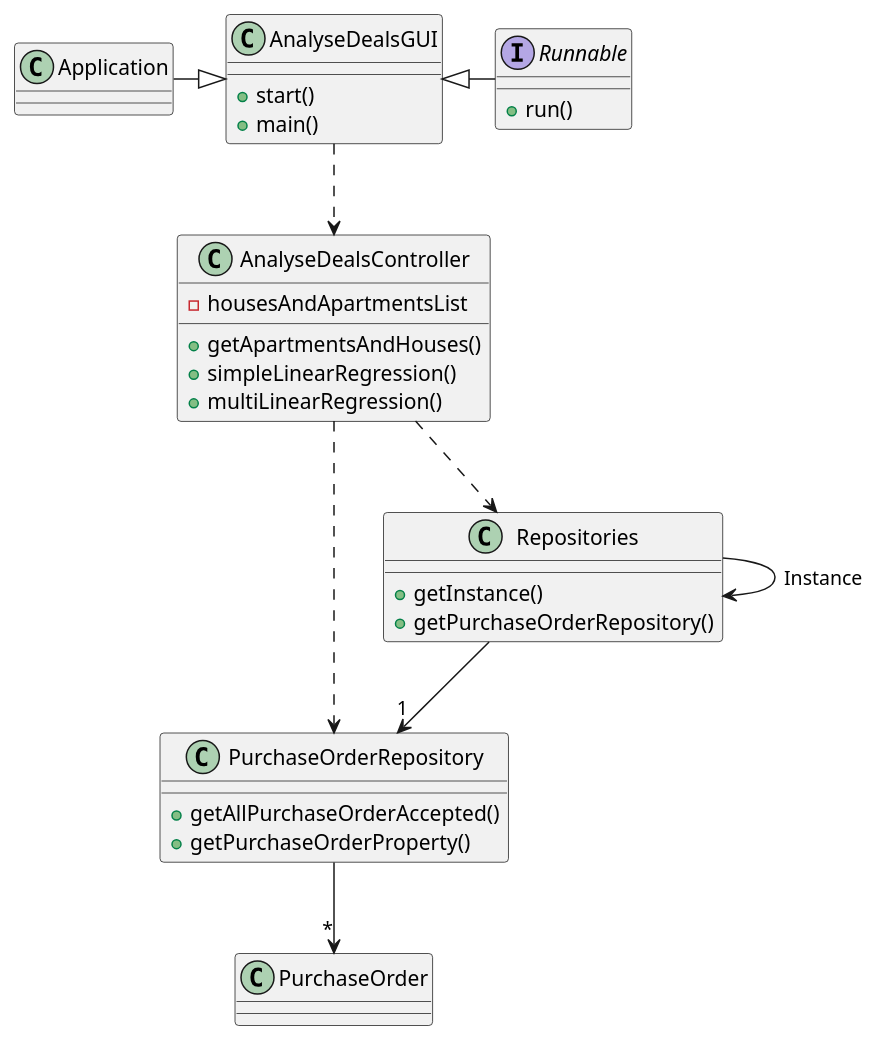
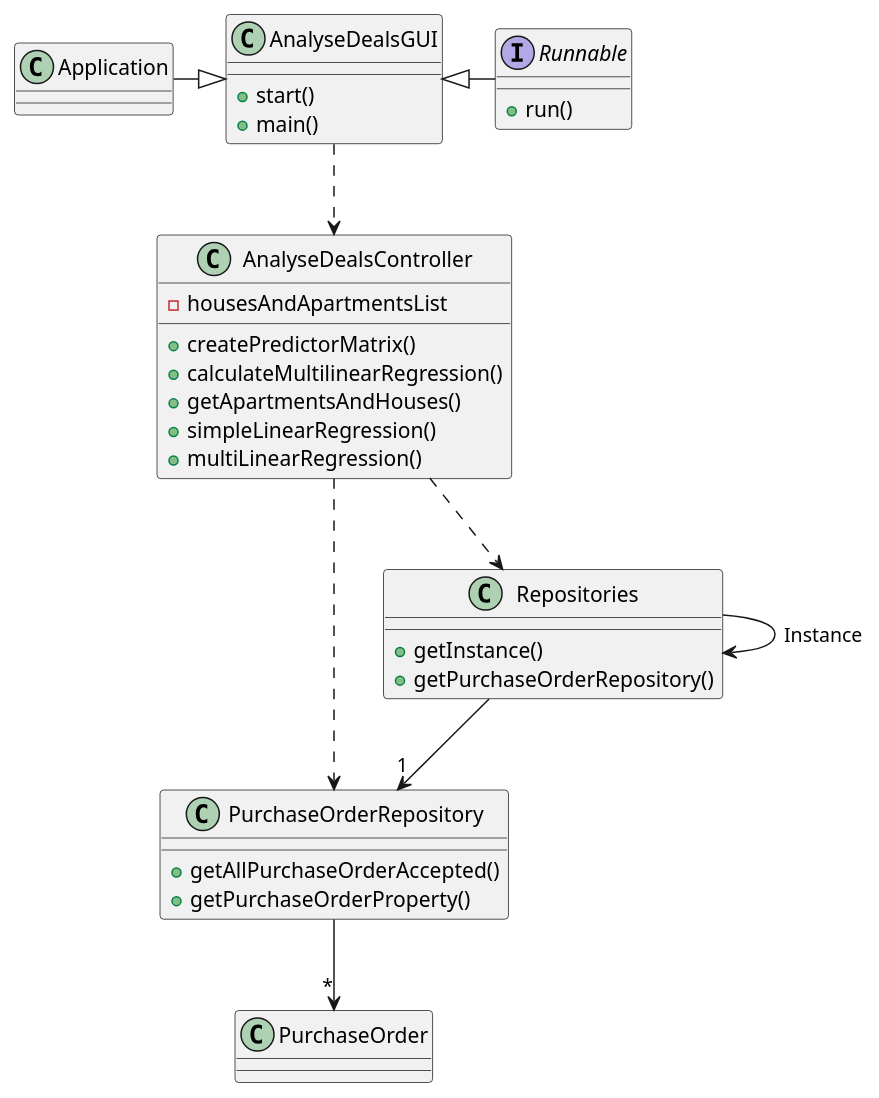
The diagram in docs/sprintD/US018/03.design/puml/US018_CD.puml (tiagohcorreia/LAPR2), drawn with PlantUML before and after one commit. The commit also changed 2 other files, not shown here.

```diff
--- a/docs/sprintD/US018/03.design/puml/US018_CD.puml
+++ b/docs/sprintD/US018/03.design/puml/US018_CD.puml
@@ -1,44 +1,46 @@
 @startuml
 interface Runnable {
     + run()
 }
 
 class AnalyseDealsGUI {
     + start()
     + main()
 }
 
 class AnalyseDealsController {
     - housesAndApartmentsList
+    + createPredictorMatrix()
+    + calculateMultilinearRegression()
     + getApartmentsAndHouses()
     + simpleLinearRegression()
     + multiLinearRegression()
 }
 
 class PurchaseOrderRepository {
 
     +getAllPurchaseOrderAccepted()
     +getPurchaseOrderProperty()
 
 }
 
 class Repositories {
 
     +getInstance()
     +getPurchaseOrderRepository()
 
 }
 
 Application -right-|> AnalyseDealsGUI
 Runnable -left-|> AnalyseDealsGUI
 AnalyseDealsGUI -[dashed]-> AnalyseDealsController
 AnalyseDealsController-[dashed]-> Repositories
 AnalyseDealsController-[dashed]-> PurchaseOrderRepository
 
 PurchaseOrderRepository -down-> "*" PurchaseOrder
 
 Repositories --> Repositories: Instance
 
 Repositories -->"1" PurchaseOrderRepository
 
 @enduml
```
